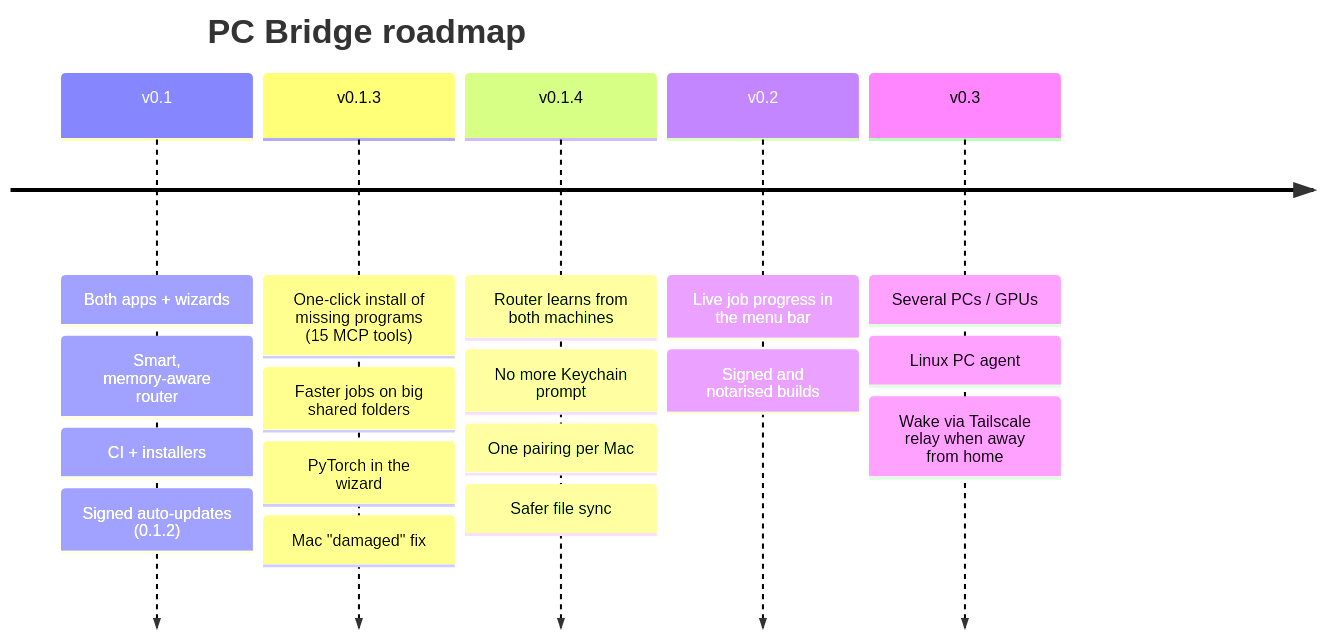
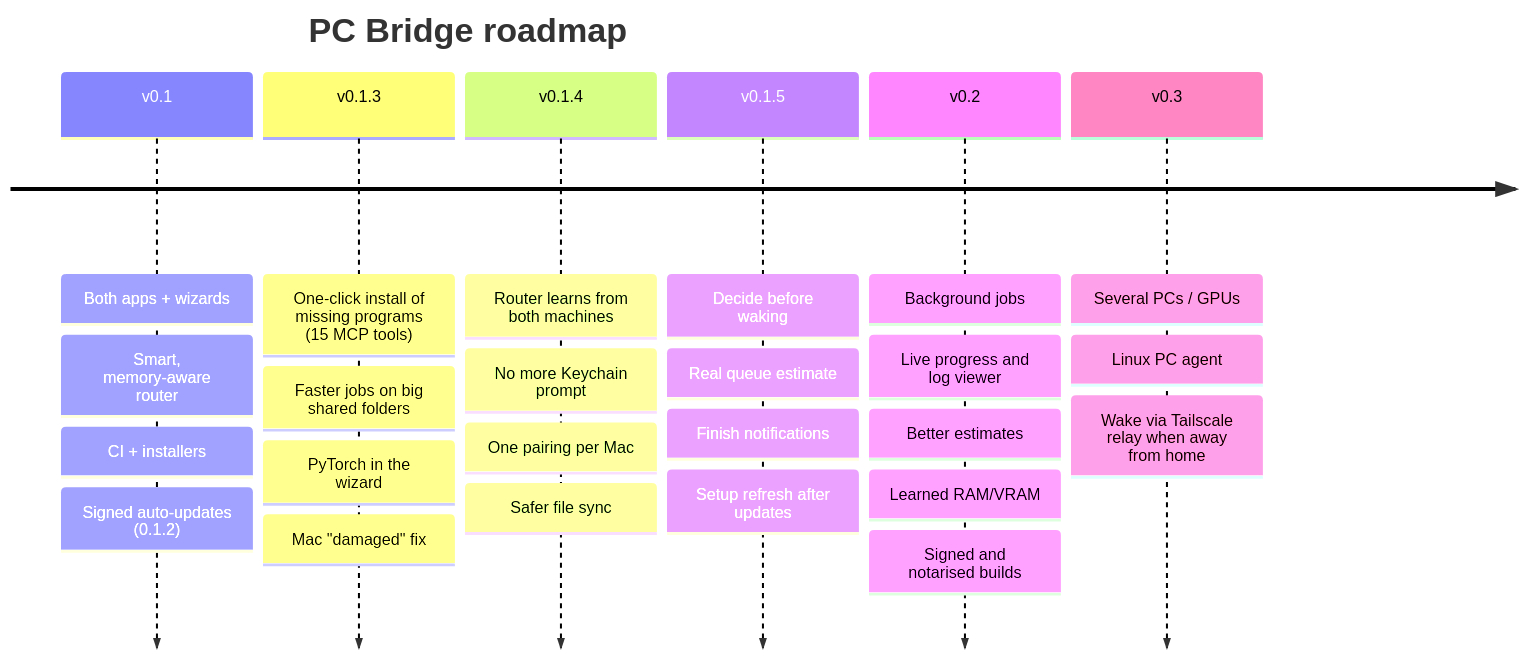
The second of 2 diagrams in README.md (walidriachy/pc-gpu-bridge), drawn with Mermaid before and after one commit. The commit also changed 10 other files, not shown here.

Commit message:
Release 0.1.5; v0.2 plan in the roadmap

````diff
--- a/README.md
+++ b/README.md
@@ -195,9 +195,10 @@
 ```mermaid
 timeline
   title PC Bridge roadmap
   v0.1 : Both apps + wizards : Smart, memory-aware router : CI + installers : Signed auto-updates (0.1.2)
   v0.1.3 : One-click install of missing programs (15 MCP tools) : Faster jobs on big shared folders : PyTorch in the wizard : Mac "damaged" fix
   v0.1.4 : Router learns from both machines : No more Keychain prompt : One pairing per Mac : Safer file sync
-  v0.2 : Live job progress in the menu bar : Signed and notarised builds
+  v0.1.5 : Decide before waking : Real queue estimate : Finish notifications : Setup refresh after updates
+  v0.2 : Background jobs : Live progress and log viewer : Better estimates : Learned RAM/VRAM : Signed and notarised builds
   v0.3 : Several PCs / GPUs : Linux PC agent : Wake via Tailscale relay when away from home
 ```
````
